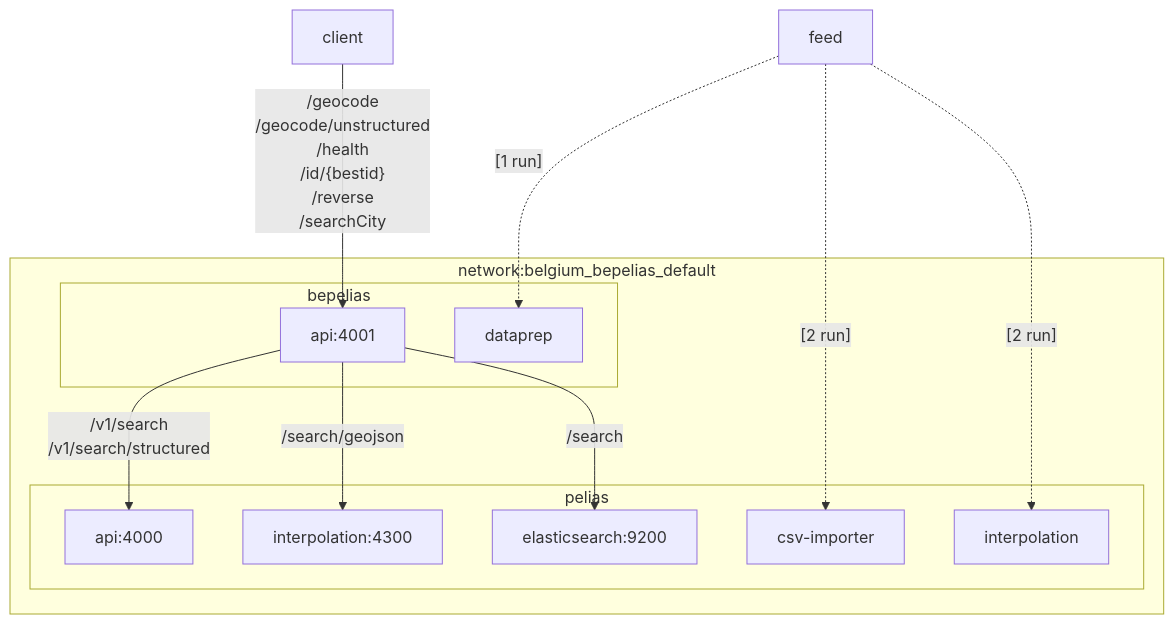
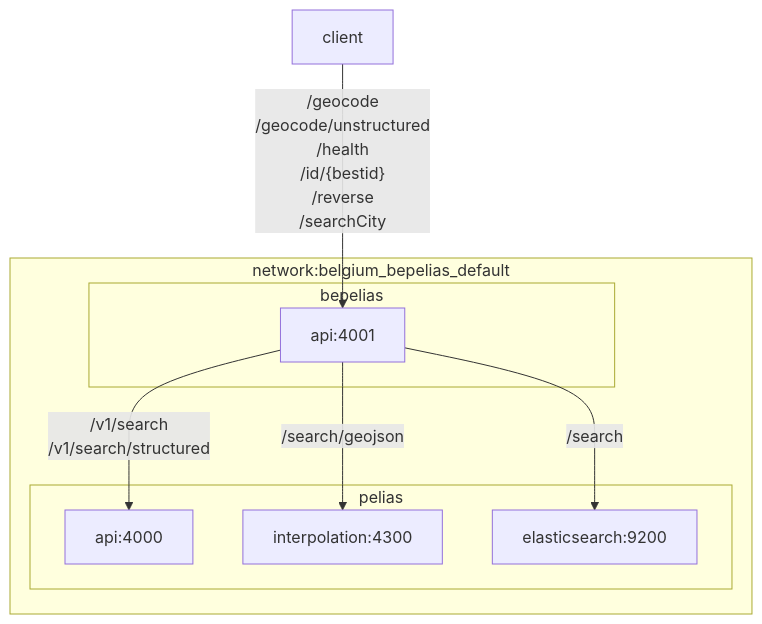
Before and after one commit to SmalsResearch/bePelias: the first of 10 diagrams in README.md, drawn with Mermaid. The commit also changed other lines of this file and 5 other files, not shown here.

````diff
--- a/README.md
+++ b/README.md
@@ -294,33 +295,24 @@
 ```mermaid
-
 flowchart TB
     subgraph network:belgium_bepelias_default 
         subgraph pelias
             api1[api:4000]
             interp[interpolation:4300]
             es[elasticsearch:9200]
-            import[csv-importer]
-            interpolation
-
         end
         subgraph bepelias
             api2[api:4001]
             api2-- /v1/search
             /v1/search/structured-->api1
             api2-- /search/geojson-->interp
             api2-- /search -->es
-            dataprep
         end
     end
     client --/geocode
      /geocode/unstructured
      /health
      /id/{bestid}
      /reverse
      /searchCity
       --> api2
-      feed -. [1 run] .-> dataprep
-      feed -. [2 run] .-> import
-      feed -. [2 run] .-> interpolation
-
 ```
````
